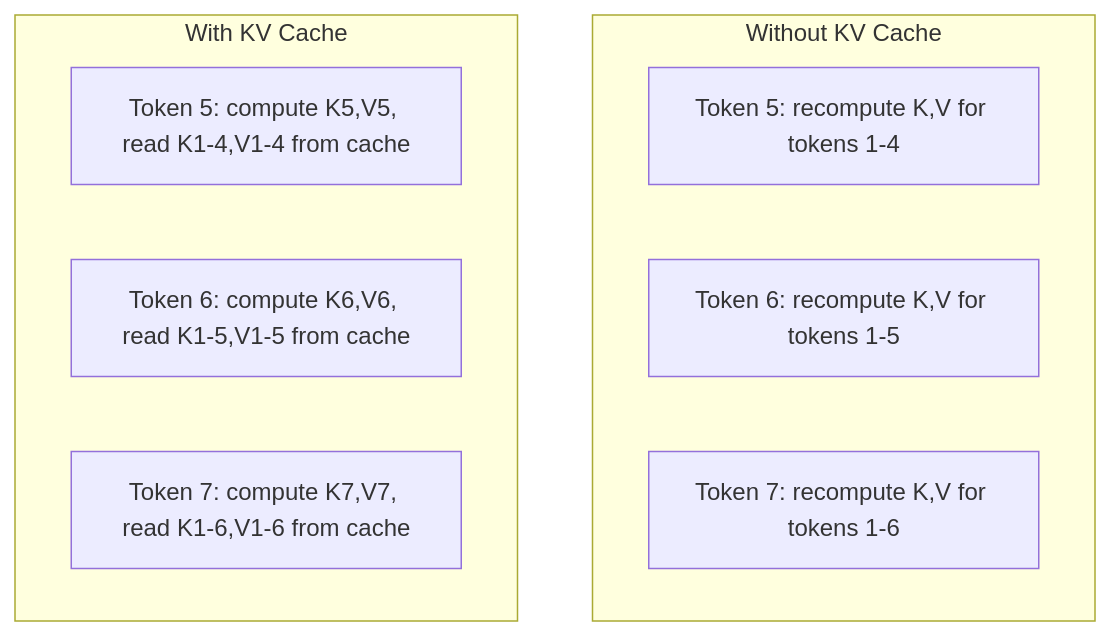
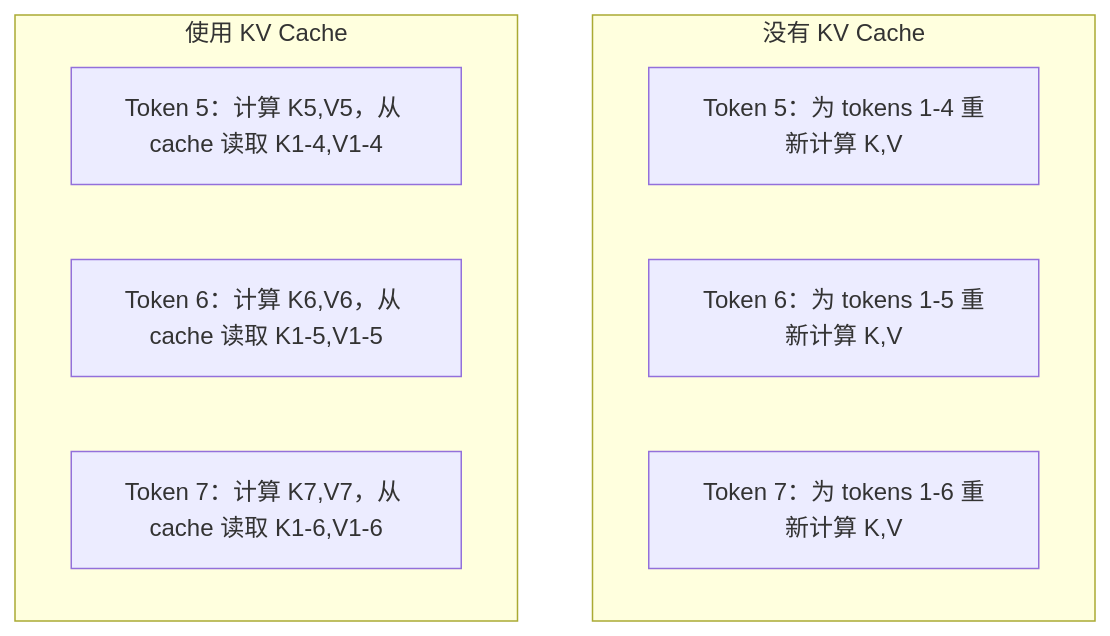
One commit to husky1102/ai-engineering-from-scratch-zh changed the second of 5 diagrams in phases/10-llms-from-scratch/12-inference-optimization/docs/zh-CN.md. Above: the diagram before and after it, drawn with Mermaid. The commit also changed other lines of this file and 1 other file, not shown here.

````diff
--- a/phases/10-llms-from-scratch/12-inference-optimization/docs/zh-CN.md
+++ b/phases/10-llms-from-scratch/12-inference-optimization/docs/zh-CN.md
@@ -68,14 +68,14 @@
 ```mermaid
 graph TD
-    subgraph "Without KV Cache"
-        A1["Token 5: recompute K,V for tokens 1-4"]
-        A2["Token 6: recompute K,V for tokens 1-5"]
-        A3["Token 7: recompute K,V for tokens 1-6"]
+    subgraph "没有 KV Cache"
+        A1["Token 5：为 tokens 1-4 重新计算 K,V"]
+        A2["Token 6：为 tokens 1-5 重新计算 K,V"]
+        A3["Token 7：为 tokens 1-6 重新计算 K,V"]
     end
 
-    subgraph "With KV Cache"
-        B1["Token 5: compute K5,V5, read K1-4,V1-4 from cache"]
-        B2["Token 6: compute K6,V6, read K1-5,V1-5 from cache"]
-        B3["Token 7: compute K7,V7, read K1-6,V1-6 from cache"]
+    subgraph "使用 KV Cache"
+        B1["Token 5：计算 K5,V5，从 cache 读取 K1-4,V1-4"]
+        B2["Token 6：计算 K6,V6，从 cache 读取 K1-5,V1-5"]
+        B3["Token 7：计算 K7,V7，从 cache 读取 K1-6,V1-6"]
     end
 ```
````
